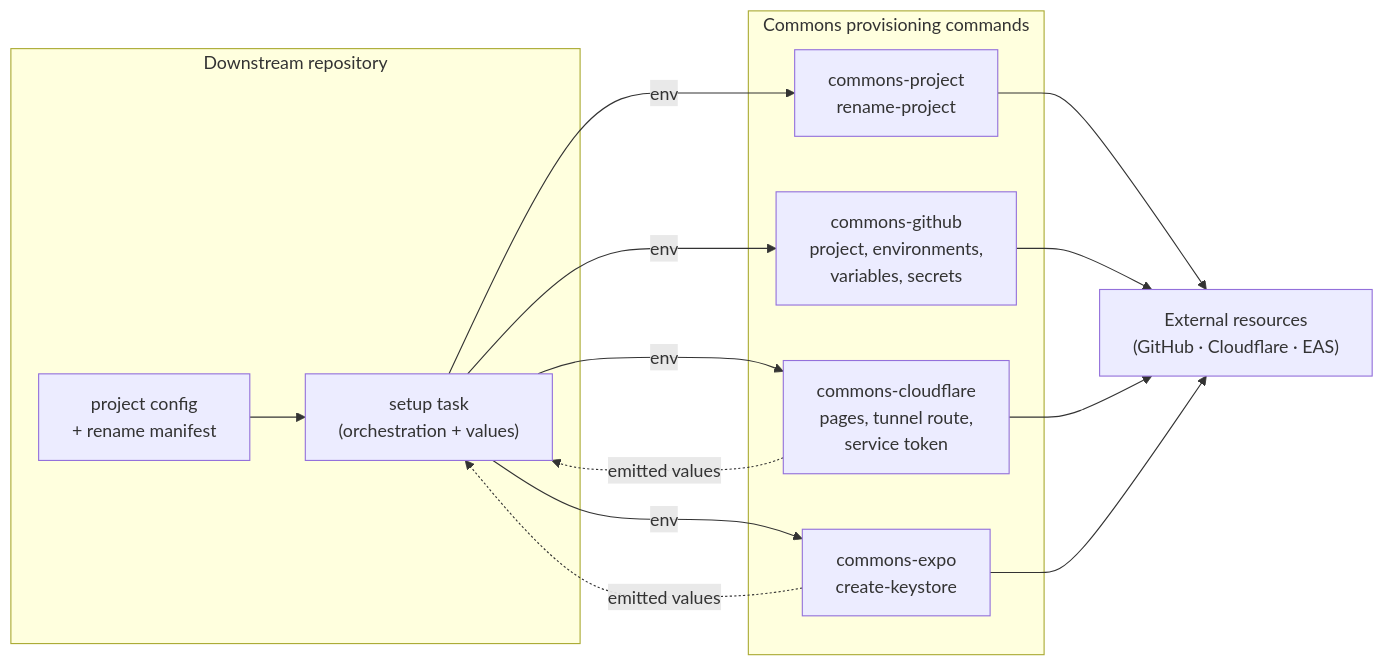
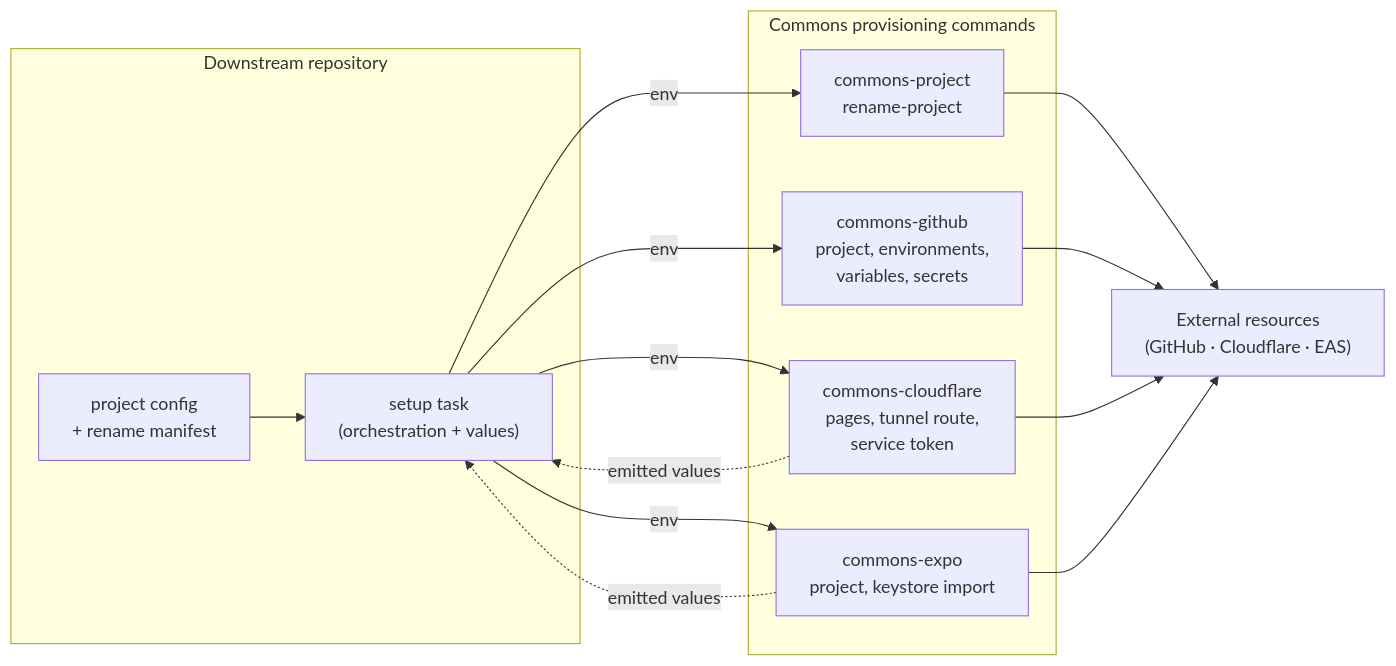
Before and after one commit to aimarchirico/commons: the second of 2 diagrams in docs/ARCHITECTURE.md, drawn with Mermaid. The commit also changed other lines of this file, not shown here.

First line of the commit message:
docs(architecture): order the sections as CONTRIBUTING defines them

````diff
--- a/docs/ARCHITECTURE.md
+++ b/docs/ARCHITECTURE.md
@@ -53,28 +77,28 @@
 ```mermaid
 graph LR
     subgraph Downstream["Downstream repository"]
         config["project config<br/>+ rename manifest"]
         orchestrator["setup task<br/>(orchestration + values)"]
     end
 
     subgraph Commands["Commons provisioning commands"]
         project["commons-project<br/>rename-project"]
         github["commons-github<br/>project, environments,<br/>variables, secrets"]
         cloudflare["commons-cloudflare<br/>pages, tunnel route,<br/>service token"]
-        expo["commons-expo<br/>create-keystore"]
+        expo["commons-expo<br/>project, keystore import"]
     end
 
     resources["External resources<br/>(GitHub · Cloudflare · EAS)"]
 
     config --> orchestrator
     orchestrator -->|env| project
     orchestrator -->|env| github
     orchestrator -->|env| cloudflare
     orchestrator -->|env| expo
     project --> resources
     github --> resources
     cloudflare --> resources
     expo --> resources
     cloudflare -.->|emitted values| orchestrator
     expo -.->|emitted values| orchestrator
 ```
````
